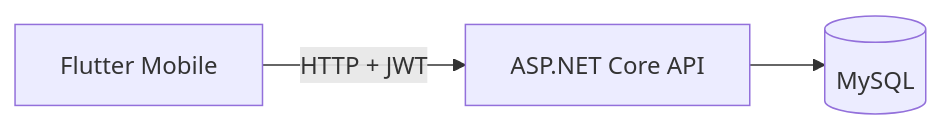
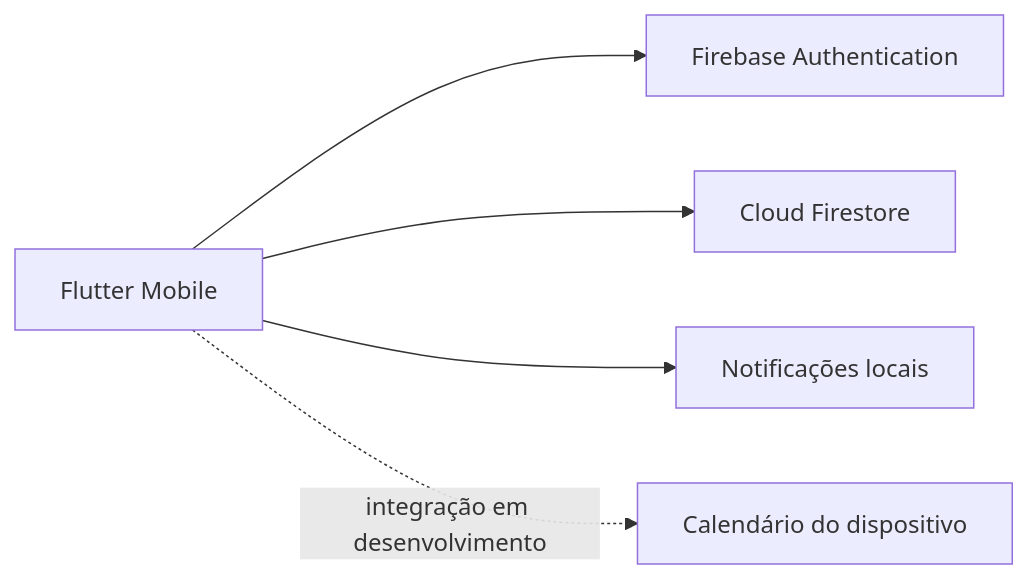
The diagram in README.md (gabrielogutierrez/FlowTask), drawn with Mermaid before and after one commit. The commit also changed other lines of this file, not shown here.

Commit message:
docs: atualiza README com estado atual do FlowTask

````diff
--- a/README.md
+++ b/README.md
@@ -55,5 +67,7 @@
 ```mermaid
 flowchart LR
-  A[Flutter Mobile] -->|HTTP + JWT| B[ASP.NET Core API]
-  B --> C[(MySQL)]
+  A[Flutter Mobile] --> B[Firebase Authentication]
+  A --> C[Cloud Firestore]
+  A --> D[Notificações locais]
+  A -. integração em desenvolvimento .-> E[Calendário do dispositivo]
 ```
````
